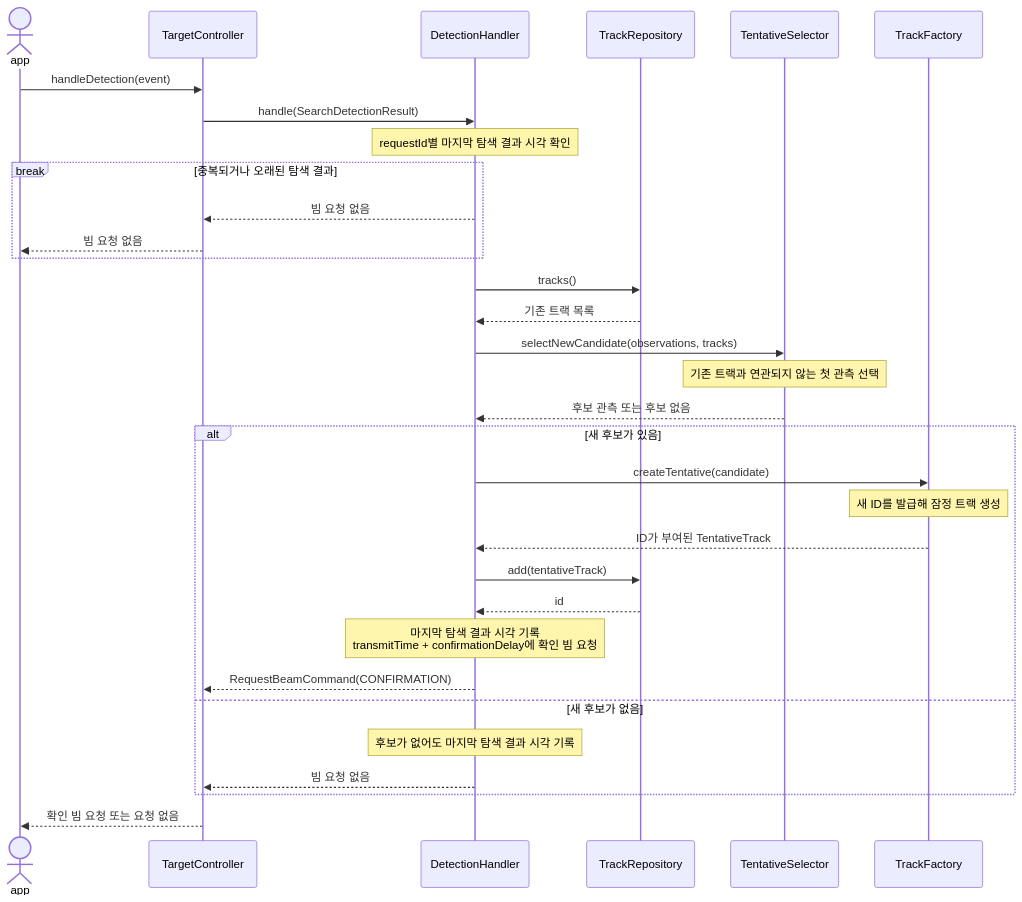
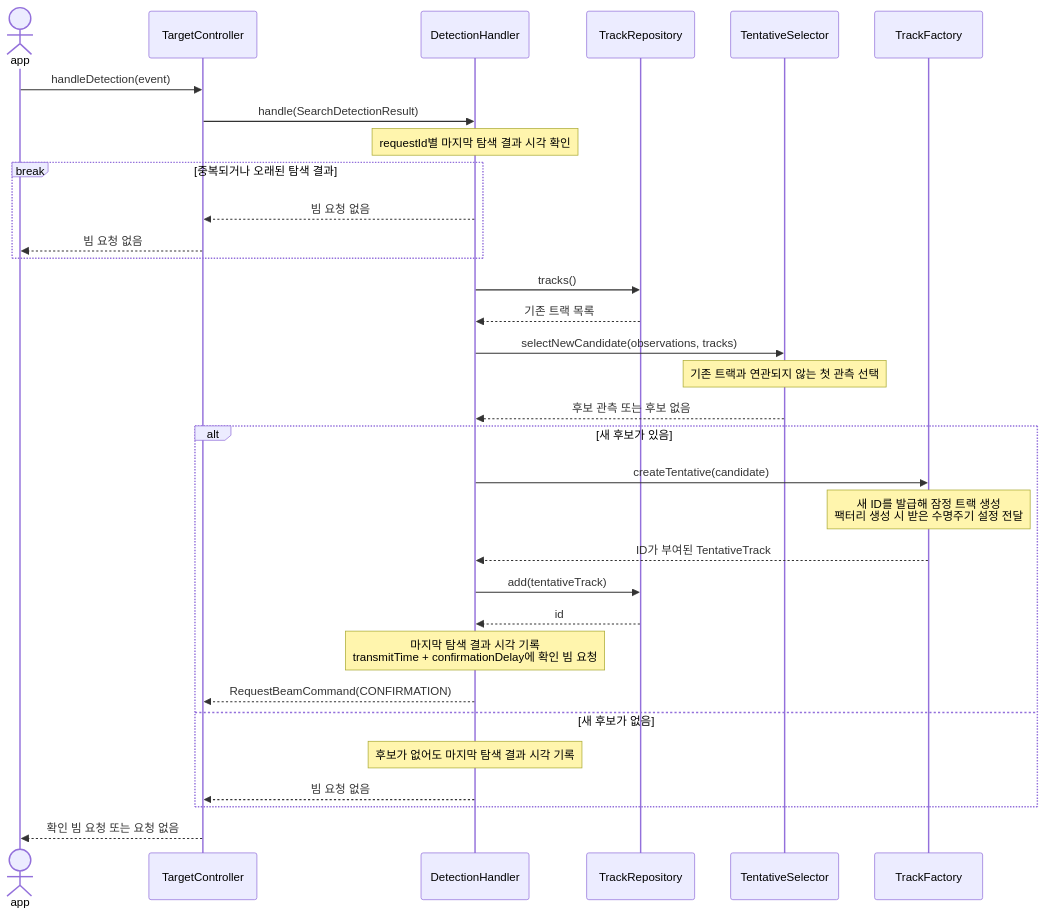
Before and after one commit to AESAlien/aesa-processor: the fourth of 8 diagrams in src/target/README.md, drawn with Mermaid. The commit also changed other lines of this file and 40 other files, not shown here.

````diff
--- a/src/target/README.md
+++ b/src/target/README.md
@@ -115,37 +115,37 @@
 ```mermaid
 sequenceDiagram
     actor app
     participant TargetController
     participant DetectionHandler
     participant TrackRepository
     participant TentativeSelector
     participant TrackFactory
 
     app->>TargetController: handleDetection(event)
     TargetController->>DetectionHandler: handle(SearchDetectionResult)
     Note over DetectionHandler: requestId별 마지막 탐색 결과 시각 확인
     break 중복되거나 오래된 탐색 결과
         DetectionHandler-->>TargetController: 빔 요청 없음
         TargetController-->>app: 빔 요청 없음
     end
 
     DetectionHandler->>TrackRepository: tracks()
     TrackRepository-->>DetectionHandler: 기존 트랙 목록
     DetectionHandler->>TentativeSelector: selectNewCandidate(observations, tracks)
     Note over TentativeSelector: 기존 트랙과 연관되지 않는 첫 관측 선택
     TentativeSelector-->>DetectionHandler: 후보 관측 또는 후보 없음
 
     alt 새 후보가 있음
         DetectionHandler->>TrackFactory: createTentative(candidate)
-        Note over TrackFactory: 새 ID를 발급해 잠정 트랙 생성
+        Note over TrackFactory: 새 ID를 발급해 잠정 트랙 생성<br/>팩터리 생성 시 받은 수명주기 설정 전달
         TrackFactory-->>DetectionHandler: ID가 부여된 TentativeTrack
         DetectionHandler->>TrackRepository: add(tentativeTrack)
         TrackRepository-->>DetectionHandler: id
         Note over DetectionHandler: 마지막 탐색 결과 시각 기록<br/>transmitTime + confirmationDelay에 확인 빔 요청
         DetectionHandler-->>TargetController: RequestBeamCommand(CONFIRMATION)
     else 새 후보가 없음
         Note over DetectionHandler: 후보가 없어도 마지막 탐색 결과 시각 기록
         DetectionHandler-->>TargetController: 빔 요청 없음
     end
     TargetController-->>app: 확인 빔 요청 또는 요청 없음
 ```
````
